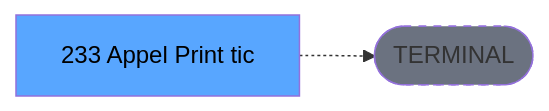
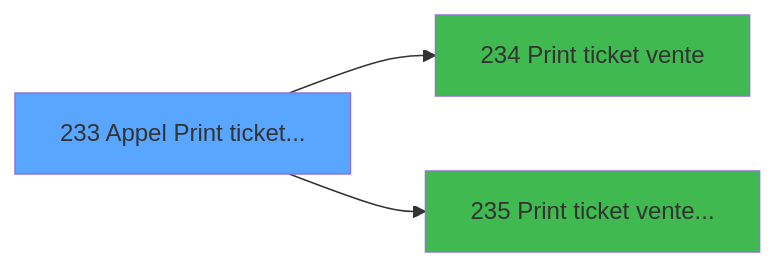
One commit to thonyAGP/magic-migration changed the second of 2 diagrams in .openspec/specs/ADH-IDE-233.md. Above: the diagram before and after it, drawn with Mermaid. The commit also changed other lines of this file and 20 other files, not shown here.

````diff
--- a/.openspec/specs/ADH-IDE-233.md
+++ b/.openspec/specs/ADH-IDE-233.md
@@ -134,8 +367,11 @@
 ```mermaid
 graph LR
-    T[233 Appel Print tic]
-    TERM([TERMINAL])
-    T -.-> TERM
-    style TERM fill:#6b7280,stroke-dasharray: 5 5
-    style T fill:#58a6ff,color:#000
+    T233[233 Appel Print ticket...]
+    style T233 fill:#58a6ff
+    C234[234 Print ticket vente]
+    T233 --> C234
+    style C234 fill:#3fb950
+    C235[235 Print ticket vente...]
+    T233 --> C235
+    style C235 fill:#3fb950
 ```
````
